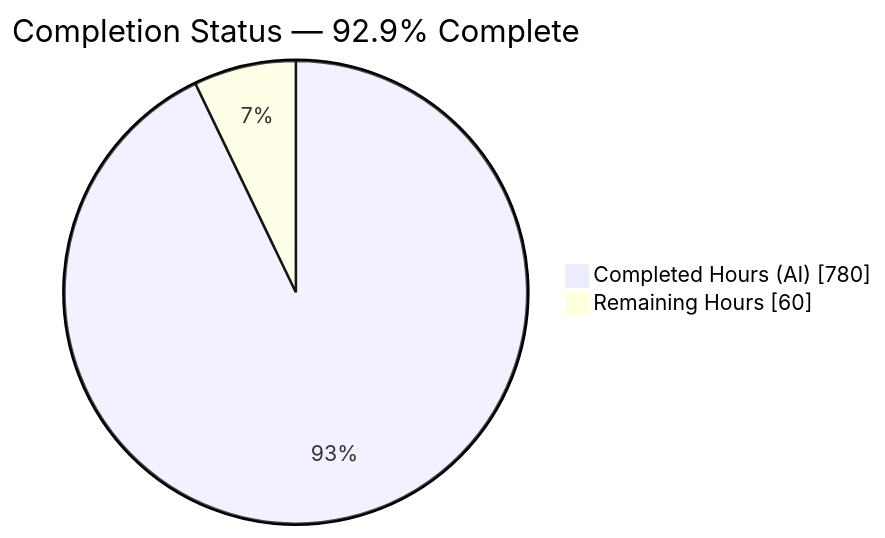
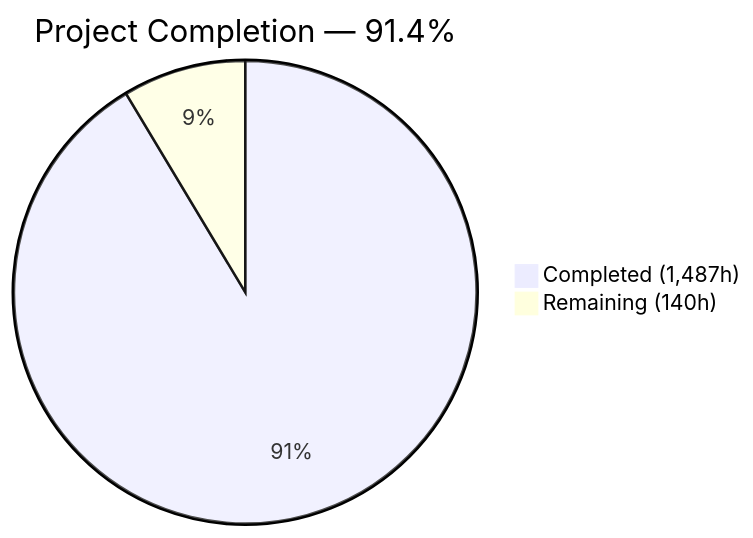
Before and after one commit to Blitzy-Sandbox/blitzy-WebVella-ERP: the first of 4 diagrams in blitzy/documentation/Project Guide.md, drawn with Mermaid. The commit also changed other lines of this file, not shown here.

Commit message:
Adding Blitzy Project Guide: Project Status and Human Tasks Remaining

````diff
--- a/blitzy/documentation/Project Guide.md
+++ b/blitzy/documentation/Project Guide.md
@@ -16,5 +14,5 @@
 ```mermaid
-pie showData title Completion Status — 92.9% Complete
-    "Completed Hours (AI)" : 780
-    "Remaining Hours" : 60
+pie title Project Completion — 91.4%
+    "Completed (1,487h)" : 1487
+    "Remaining (140h)" : 140
 ```
````
